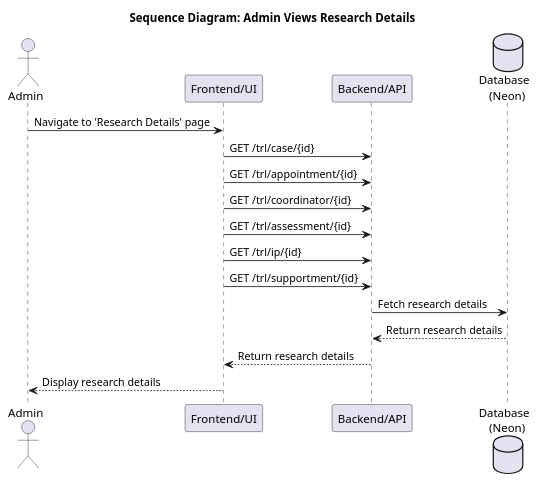
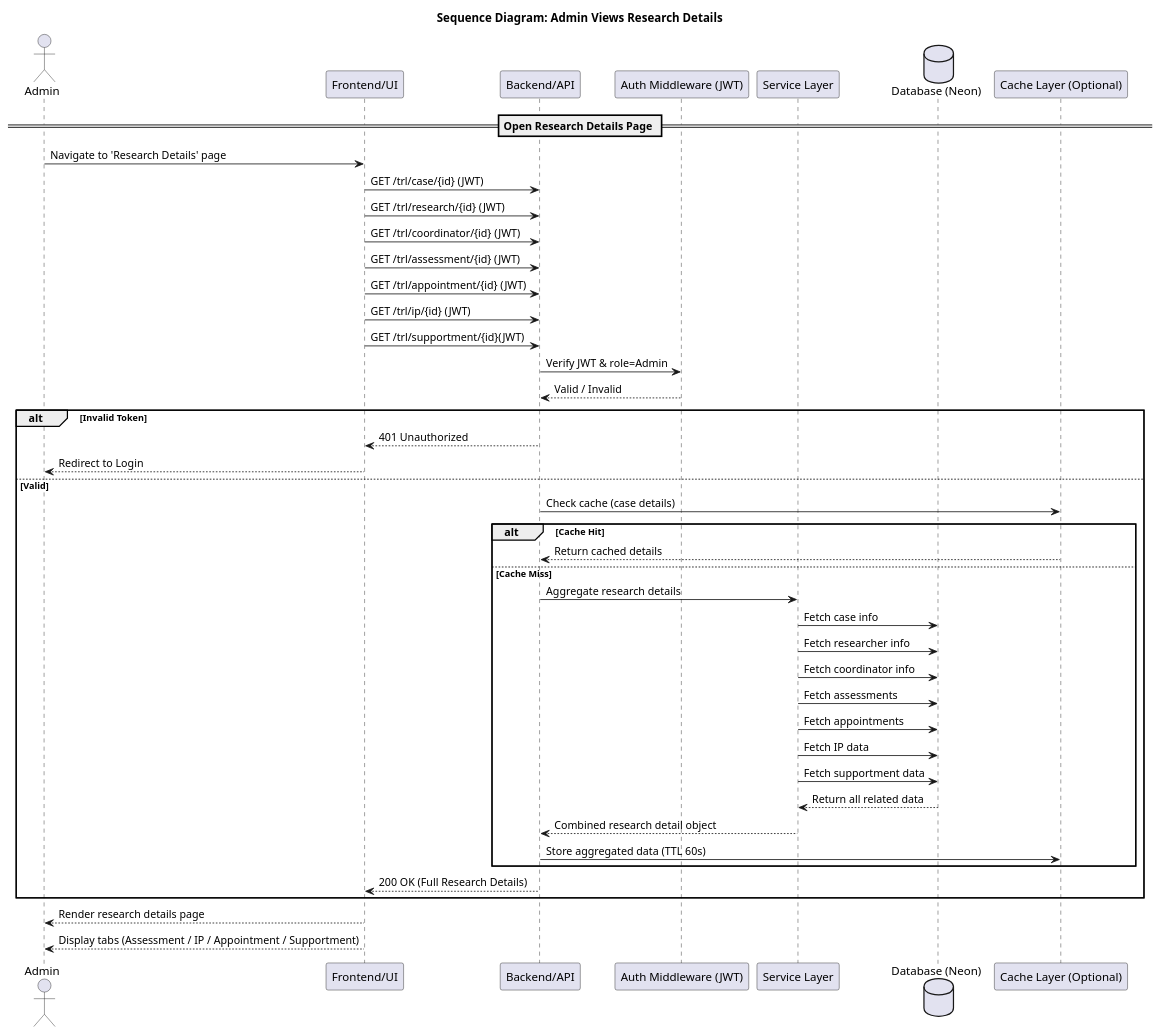
The diagram in sequence diagram/admin/admin_view_research_details.puml (punyanuch-h/trl-research-frontend), drawn with PlantUML before and after one commit. The commit also changed 17 other files, not shown here.

Commit message:
fix(SCRUM-245): fix sequence diagram

```diff
--- a/sequence diagram/admin/admin_view_research_details.puml
+++ b/sequence diagram/admin/admin_view_research_details.puml
@@ -1,21 +1,55 @@
 @startuml
 title Sequence Diagram: Admin Views Research Details
 
 actor Admin
 participant "Frontend/UI" as UI
 participant "Backend/API" as API
-database "Database \n (Neon)" as DB
+participant "Auth Middleware (JWT)" as AUTH
+participant "Service Layer" as SERVICE
+database "Database (Neon)" as DB
+participant "Cache Layer (Optional)" as CACHE
 
+== Open Research Details Page ==
 Admin -> UI: Navigate to 'Research Details' page
-UI -> API: GET /trl/case/{id}
-UI -> API: GET /trl/appointment/{id}
-UI -> API: GET /trl/coordinator/{id}
-UI -> API: GET /trl/assessment/{id}
-UI -> API: GET /trl/ip/{id}
-UI -> API: GET /trl/supportment/{id}
-API -> DB: Fetch research details
-DB --> API: Return research details
-API --> UI: Return research details
-UI --> Admin: Display research details
+
+UI -> API: GET /trl/case/{id} (JWT)
+UI -> API: GET /trl/research/{id} (JWT)
+UI -> API: GET /trl/coordinator/{id} (JWT)
+UI -> API: GET /trl/assessment/{id} (JWT)
+UI -> API: GET /trl/appointment/{id} (JWT)
+UI -> API: GET /trl/ip/{id} (JWT)
+UI -> API: GET /trl/supportment/{id}(JWT)
+
+API -> AUTH: Verify JWT & role=Admin
+AUTH --> API: Valid / Invalid
+
+alt Invalid Token
+    API --> UI: 401 Unauthorized
+    UI --> Admin: Redirect to Login
+else Valid
+    API -> CACHE: Check cache (case details)
+    alt Cache Hit
+        CACHE --> API: Return cached details
+    else Cache Miss
+        API -> SERVICE: Aggregate research details
+
+        SERVICE -> DB: Fetch case info
+        SERVICE -> DB: Fetch researcher info
+        SERVICE -> DB: Fetch coordinator info
+        SERVICE -> DB: Fetch assessments
+        SERVICE -> DB: Fetch appointments
+        SERVICE -> DB: Fetch IP data
+        SERVICE -> DB: Fetch supportment data
+
+        DB --> SERVICE: Return all related data
+        SERVICE --> API: Combined research detail object
+        API -> CACHE: Store aggregated data (TTL 60s)
+    end
+
+    API --> UI: 200 OK (Full Research Details)
+end
+
+UI --> Admin: Render research details page
+UI --> Admin: Display tabs (Assessment / IP / Appointment / Supportment)
 
 @enduml
```
